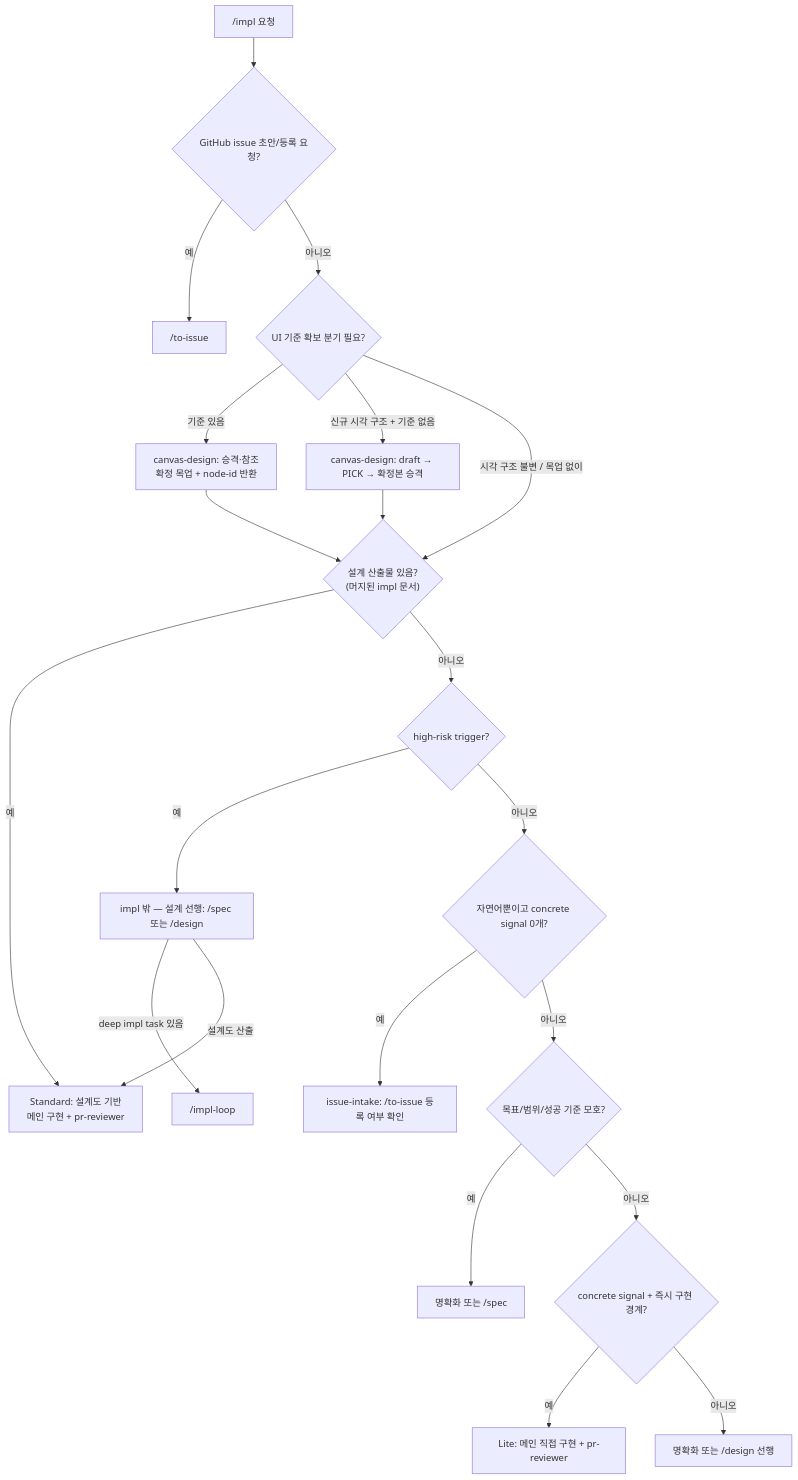
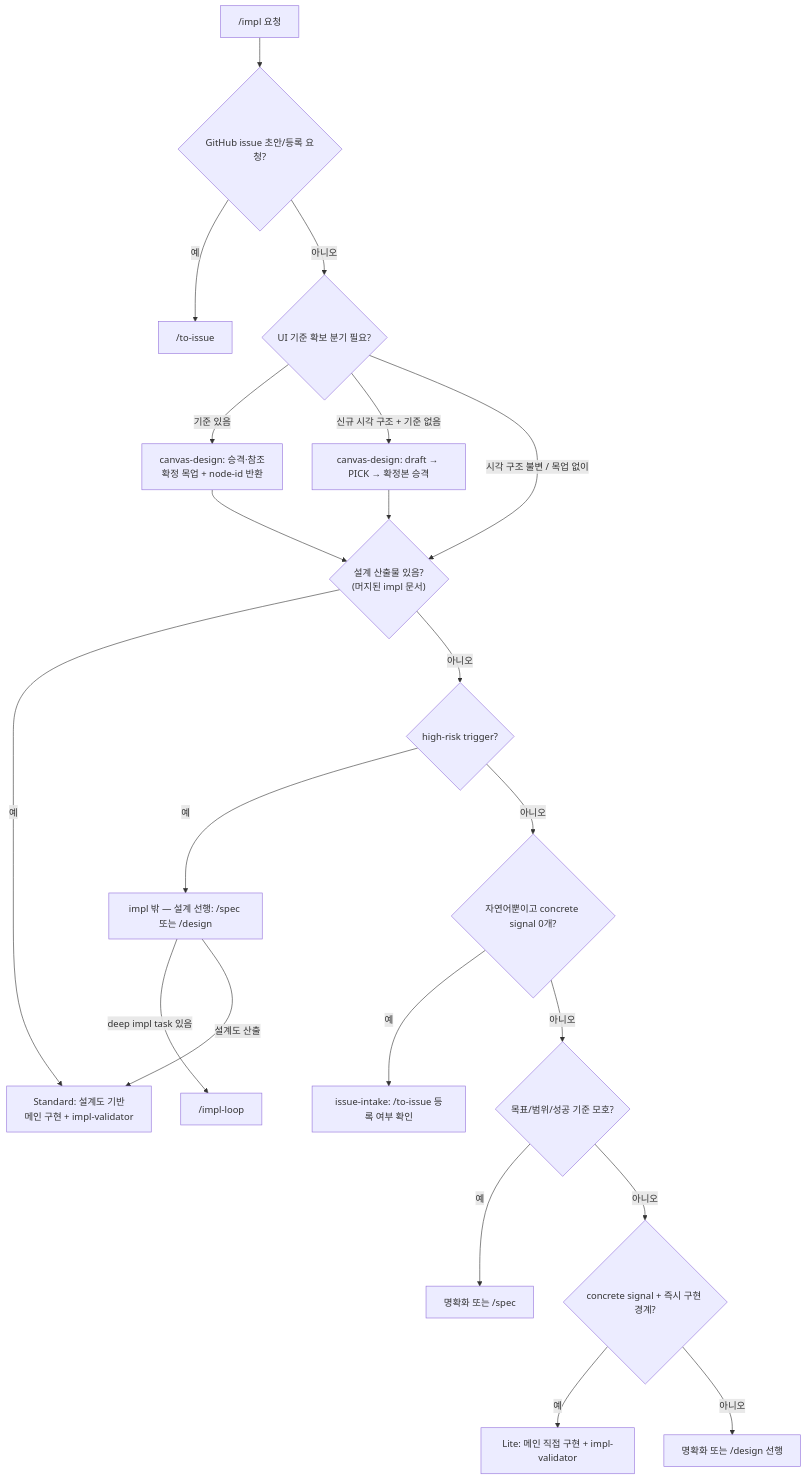
The diagram in skills/impl/impl-routing.md (Daeguk-Sun/dcNess), drawn with Mermaid before and after one commit. The commit also changed other lines of this file and 89 other files, not shown here.

````diff
--- a/skills/impl/impl-routing.md
+++ b/skills/impl/impl-routing.md
@@ -14,23 +14,23 @@
 ```mermaid
 flowchart TB
   REQ["/impl 요청"] --> MAKE{"GitHub issue 초안/등록 요청?"}
   MAKE -->|예| TI["/to-issue"]
   MAKE -->|아니오| UI{"UI 기준 확보 분기 필요?"}
   UI -->|기준 있음| CDES1["canvas-design: 승격·참조<br/>확정 목업 + node-id 반환"]
   UI -->|신규 시각 구조 + 기준 없음| CDES2["canvas-design: draft → PICK → 확정본 승격"]
   UI -->|시각 구조 불변 / 목업 없이| DOC
   CDES1 --> DOC{"설계 산출물 있음?<br/>(머지된 impl 문서)"}
   CDES2 --> DOC
-  DOC -->|예| ST["Standard: 설계도 기반<br/>메인 구현 + pr-reviewer"]
+  DOC -->|예| ST["Standard: 설계도 기반<br/>메인 구현 + impl-validator"]
   DOC -->|아니오| HR{"high-risk trigger?"}
   HR -->|예| OUT["impl 밖 — 설계 선행: /spec 또는 /design"]
   HR -->|아니오| NL{"자연어뿐이고 concrete signal 0개?"}
   NL -->|예| II["issue-intake: /to-issue 등록 여부 확인"]
   NL -->|아니오| AM{"목표/범위/성공 기준 모호?"}
   AM -->|예| CL["명확화 또는 /spec"]
   AM -->|아니오| CS{"concrete signal + 즉시 구현 경계?"}
-  CS -->|예| LT["Lite: 메인 직접 구현 + pr-reviewer"]
+  CS -->|예| LT["Lite: 메인 직접 구현 + impl-validator"]
   CS -->|아니오| CL2["명확화 또는 /design 선행"]
   OUT -->|deep impl task 있음| IL["/impl-loop <task>"]
   OUT -->|설계도 산출| ST
 ```
````
